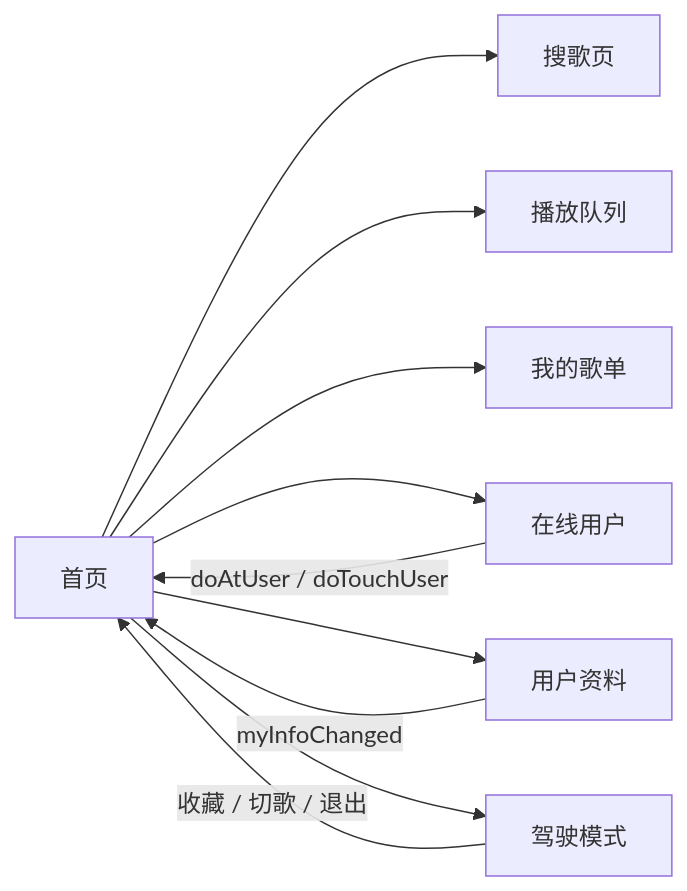
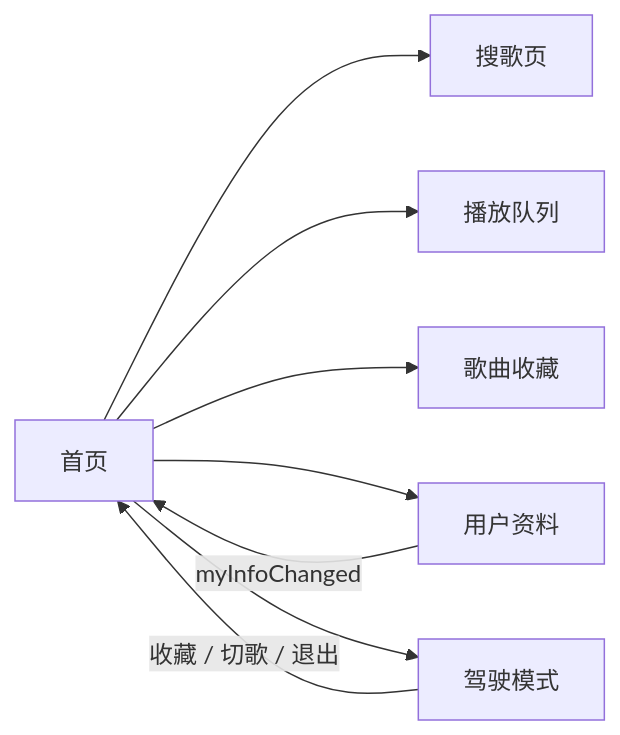
The second of 2 diagrams in docs/code-wiki/06-依赖关系.md (Neveryu/miniprogram-music), drawn with Mermaid before and after one commit. The commit also changed other lines of this file and 40 other files, not shown here.

````diff
--- a/docs/code-wiki/06-依赖关系.md
+++ b/docs/code-wiki/06-依赖关系.md
@@ -36,12 +36,10 @@
 ```mermaid
 flowchart LR
     INDEX[首页] --> SELECTSONG[搜歌页]
     INDEX --> PLAYING[播放队列]
-    INDEX --> MYSONG[我的歌单]
-    INDEX --> ONLINE[在线用户]
+    INDEX --> MYSONG[歌曲收藏]
     INDEX --> USEREDIT[用户资料]
     INDEX --> CARMODE[驾驶模式]
     USEREDIT -- myInfoChanged --> INDEX
-    ONLINE -- doAtUser / doTouchUser --> INDEX
     CARMODE -- 收藏 / 切歌 / 退出 --> INDEX
 ```
````
